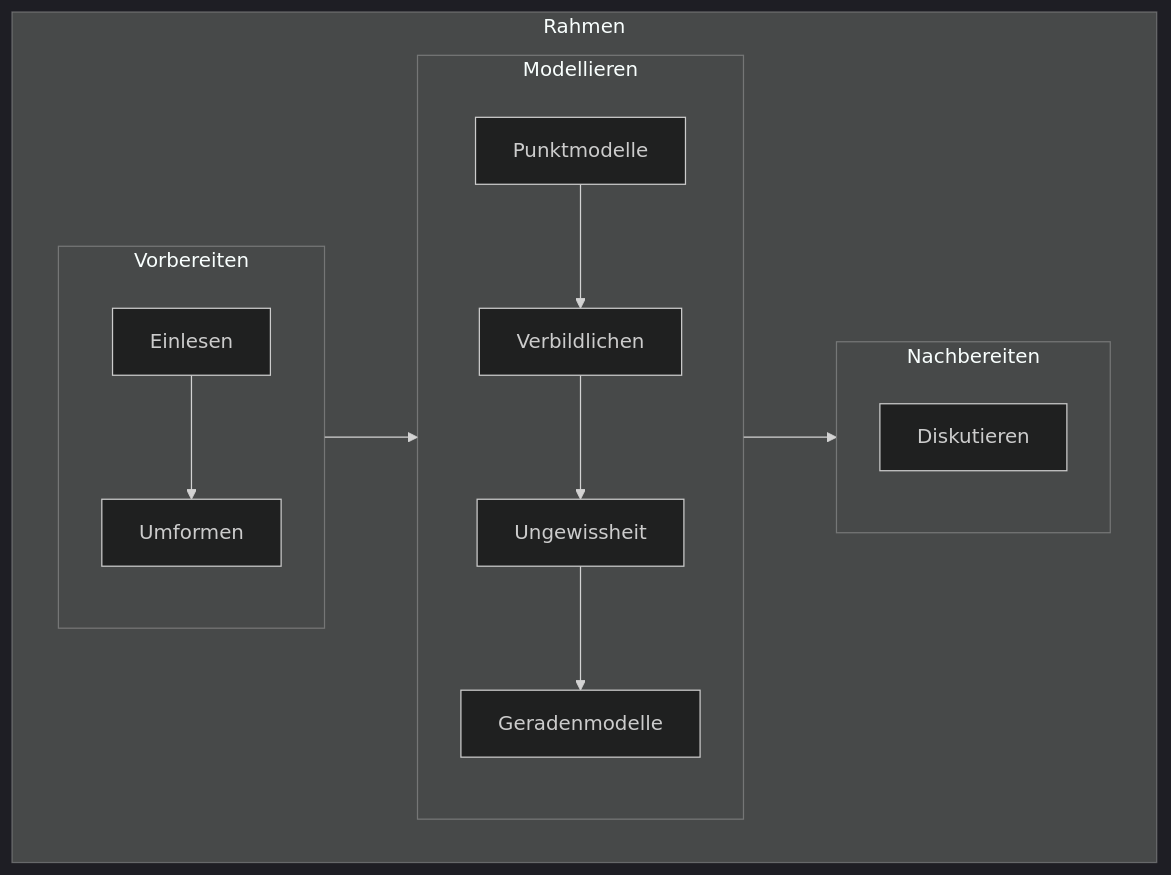
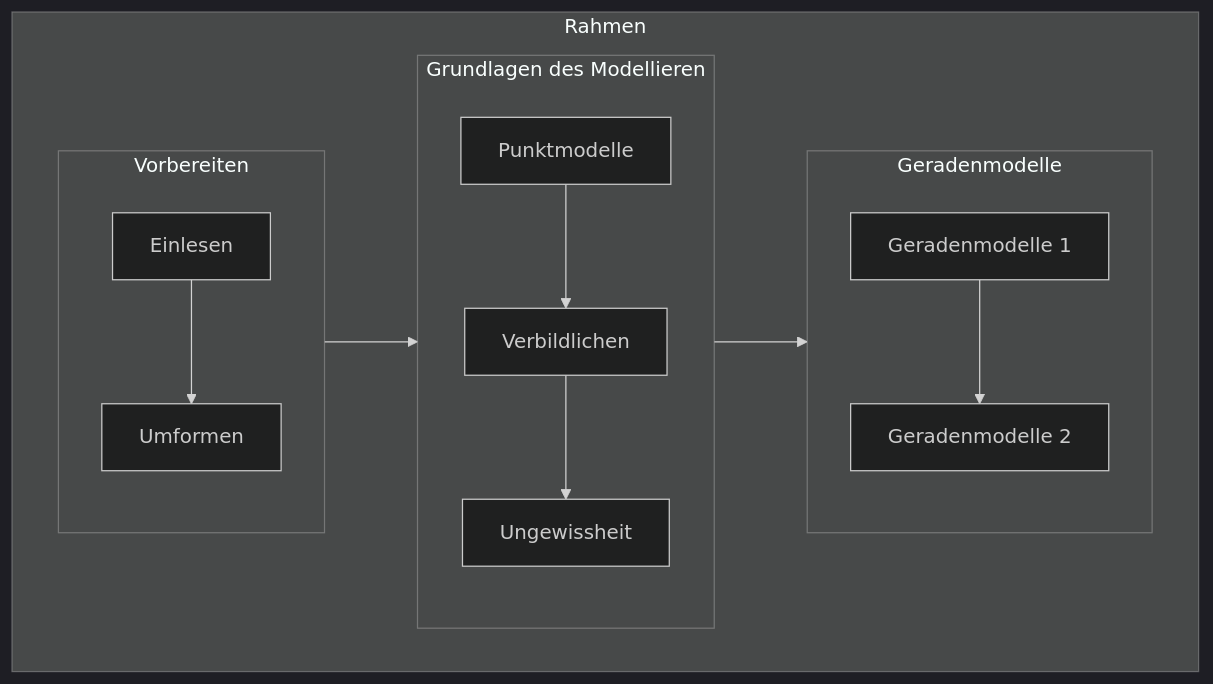
Before and after one commit to sebastiansauer/statistik1: the diagram in 005-orga.qmd, drawn with Mermaid (dark theme). The commit also changed other lines of this file and 6 other files, not shown here.

````diff
--- a/005-orga.qmd
+++ b/005-orga.qmd
@@ -252,26 +249,26 @@
 ```{mermaid}
 %%| fig-cap: Überblick über den Inhalt und Verlauf des Buches
 %%| label: fig-ueberblick
 %%| fig-width: 4
 
 flowchart LR
   subgraph R[Rahmen]
     direction LR
     subgraph V[Vorbereiten]
       direction TB
       E[Einlesen] --> Um[Umformen]
     end
-    subgraph M[Modellieren]
+    subgraph M[Grundlagen des Modellieren]
       direction TB
       M1[Punktmodelle] --> Vis[Verbildlichen]
       Vis --> U[Ungewissheit]
-      U --> G[Geradenmodelle]
+
     end
-    subgraph N[Nachbereiten]
+    subgraph N[Geradenmodelle]
       direction TB
-      D[Diskutieren]
+      G1[Geradenmodelle 1] --> G2[Geradenmodelle 2]
     end
   V --> M
   M --> N
   end
 ```
````
